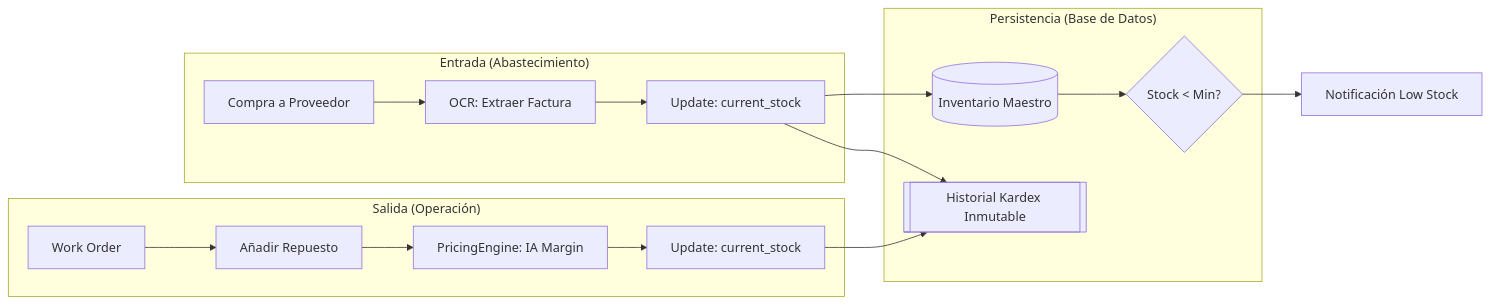
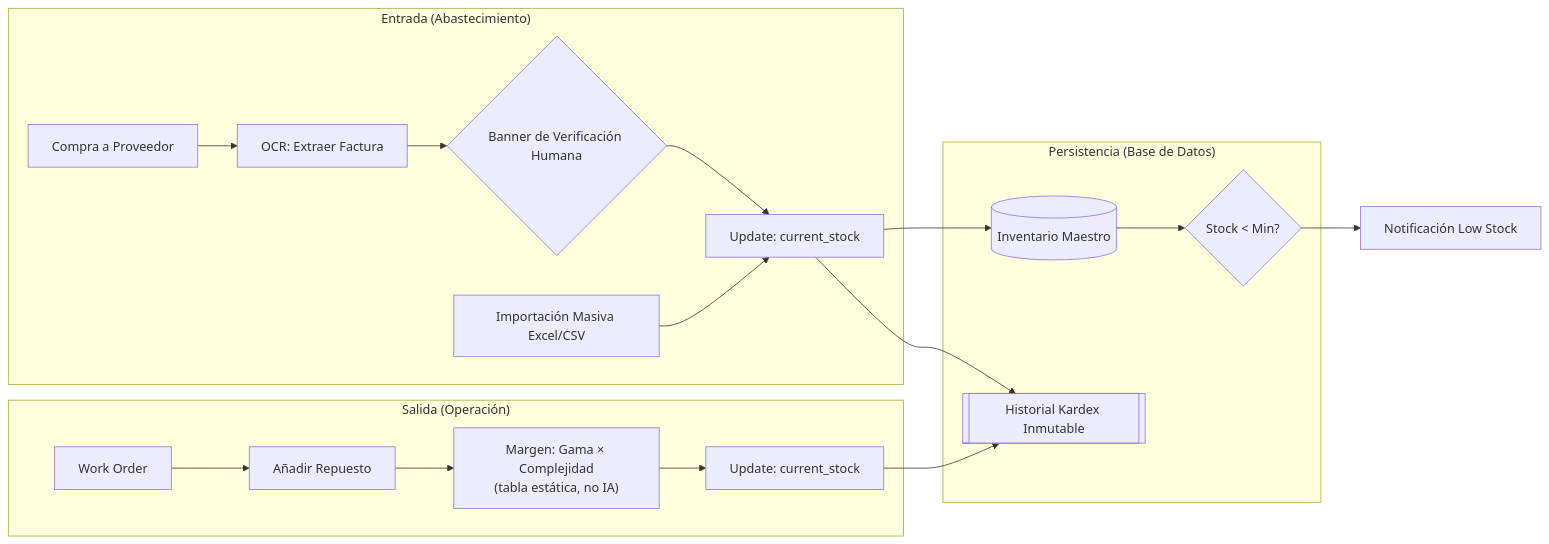
The third of 3 diagrams in ARCHITECTURE.md (brandonjimenez21/efiscoDocumentation), drawn with Mermaid before and after one commit. The commit also changed other lines of this file, not shown here.

````diff
--- a/ARCHITECTURE.md
+++ b/ARCHITECTURE.md
@@ -176,22 +220,24 @@
 ```mermaid
 graph LR
     subgraph "Entrada (Abastecimiento)"
         Purchase[Compra a Proveedor] --> OCR_P[OCR: Extraer Factura]
-        OCR_P --> Inv_Up[Update: current_stock]
+        OCR_P --> Verify{Banner de Verificación Humana}
+        Verify --> Inv_Up[Update: current_stock]
+        Import[Importación Masiva Excel/CSV] --> Inv_Up
     end
 
     subgraph "Persistencia (Base de Datos)"
         Inv_Up --> Master[(Inventario Maestro)]
         Inv_Up --> Kardex[[Historial Kardex Inmutable]]
         Master --> Alerts{Stock < Min?}
     end
 
     subgraph "Salida (Operación)"
         WO[Work Order] --> Add_Item[Añadir Repuesto]
-        Add_Item --> Pricing[PricingEngine: IA Margin]
+        Add_Item --> Pricing["Margen: Gama × Complejidad<br/>(tabla estática, no IA)"]
         Pricing --> Inv_Down[Update: current_stock]
         Inv_Down --> Kardex
     end
 
     Alerts --> Dashboard[Notificación Low Stock]
 ```
````
